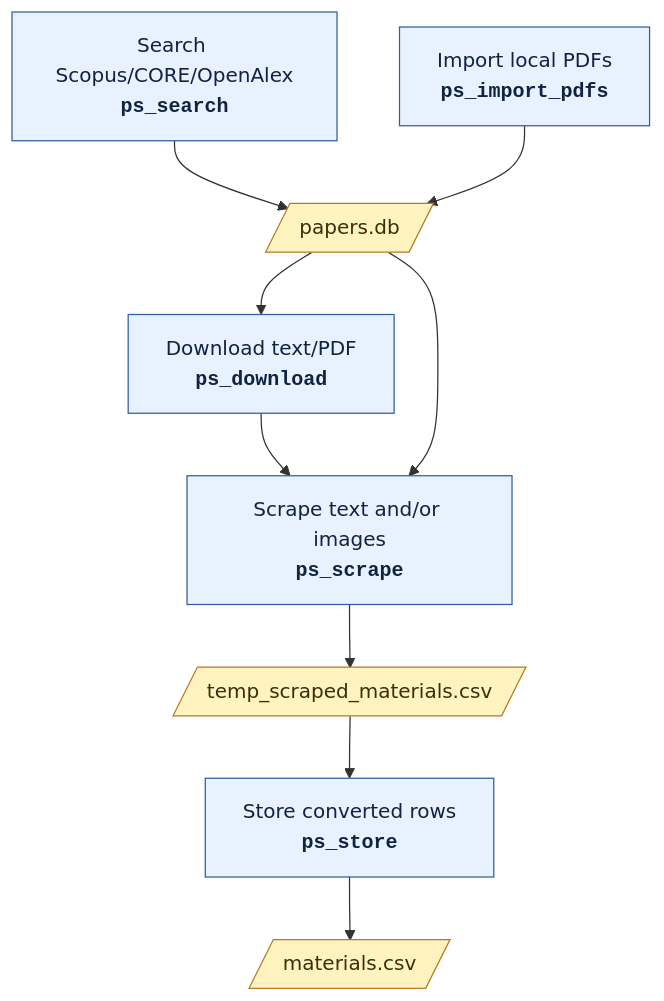
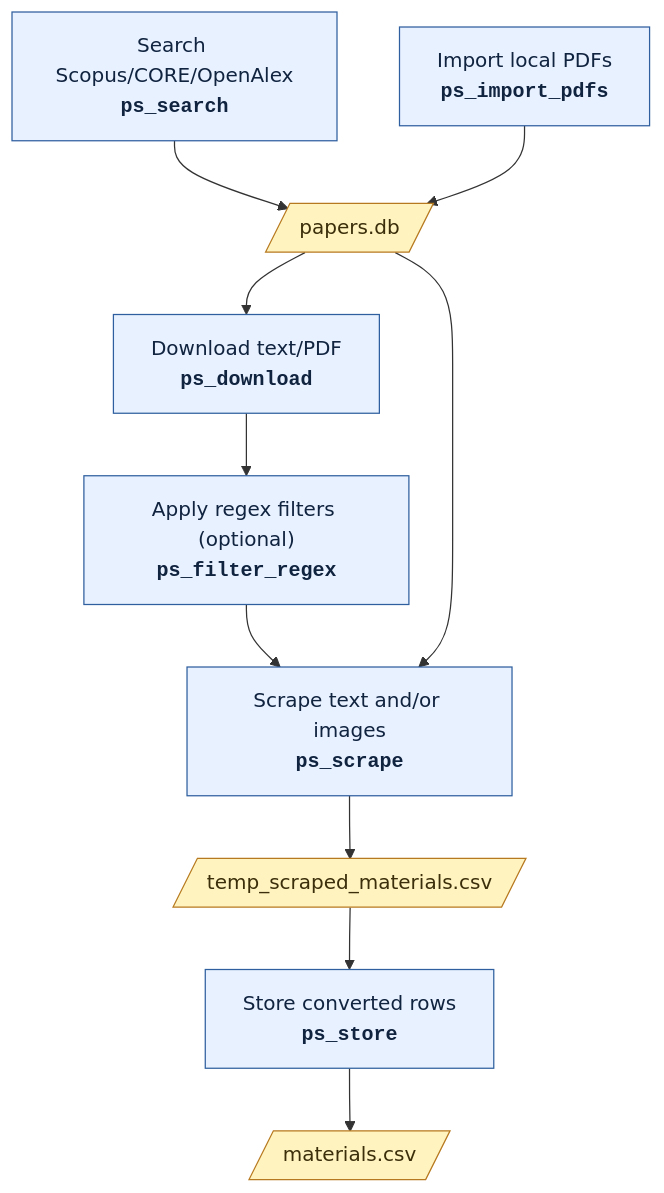
One commit to SMTG-Bham/PaperMinerToolkit changed the diagram in README.md. Above: the diagram before and after it, drawn with Mermaid. The commit also changed other lines of this file and 12 other files, not shown here.

````diff
--- a/README.md
+++ b/README.md
@@ -32,16 +32,17 @@
 ```mermaid
 flowchart TD
     A["Search Scopus/CORE/OpenAlex<br/><b><code>ps_search</code></b>"] --> B[/"papers.db"/]
     C["Import local PDFs<br/><b><code>ps_import_pdfs</code></b>"] --> B
     B --> E["Download text/PDF<br/><b><code>ps_download</code></b>"]
-    E --> F["Scrape text and/or images<br/><b><code>ps_scrape</code></b>"]
+    E --> R["Apply regex filters (optional)<br/><b><code>ps_filter_regex</code></b>"]
+    R --> F["Scrape text and/or images<br/><b><code>ps_scrape</code></b>"]
     B --> F
     F --> G[/"temp_scraped_materials.csv"/]
     G --> H["Store converted rows<br/><b><code>ps_store</code></b>"]
     H --> I[/"materials.csv"/]
 
     classDef action fill:#e8f1ff,stroke:#2f5f9f,color:#10233f
     classDef file fill:#fff3bf,stroke:#b7791f,color:#3b2f0b
-    class A,C,E,F,H action
+    class A,C,E,R,F,H action
     class B,G,I file
 ```
````
